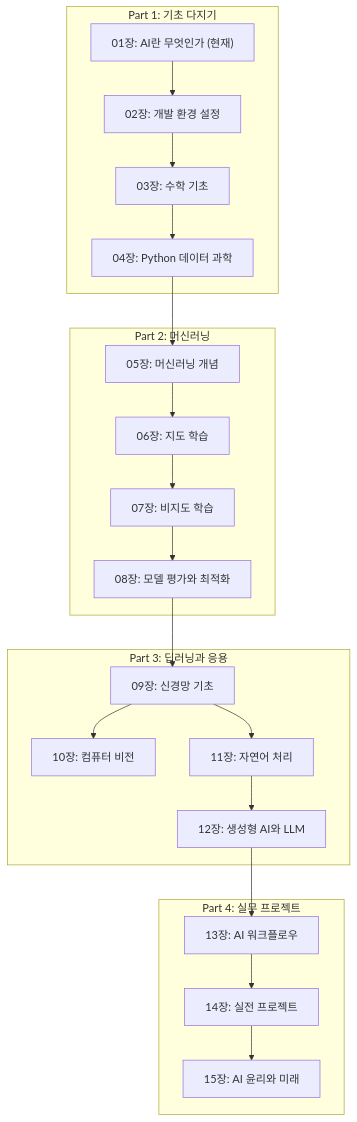
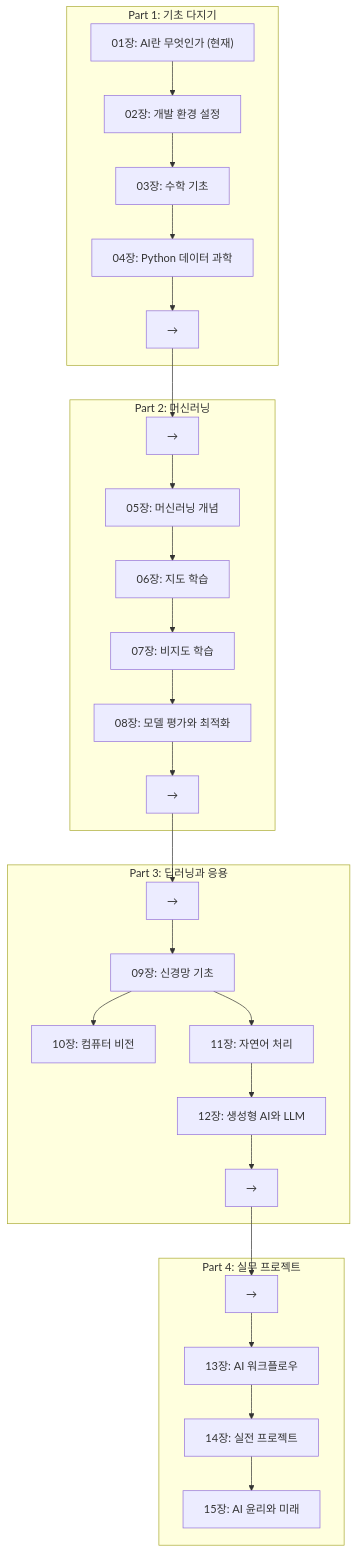
One commit to jingu279/Document changed the tenth of 10 diagrams in ai-programming/01_서론/01_AI란.md. Above: the diagram before and after it, drawn with Mermaid. The commit also changed other lines of this file and 9 other files, not shown here.

Commit message:
Fix all broken Mermaid diagrams across AI book (cross-subgraph connections, reserved keywords, duplicate nodes)

````diff
--- a/ai-programming/01_서론/01_AI란.md
+++ b/ai-programming/01_서론/01_AI란.md
@@ -251,29 +251,35 @@
 ```mermaid
 flowchart TB
   subgraph Part1[Part 1: 기초 다지기]
     C1["01장: AI란 무엇인가 (현재)"] --> C2["02장: 개발 환경 설정"]
     C2 --> C3["03장: 수학 기초"]
     C3 --> C4["04장: Python 데이터 과학"]
+    C4 --> P1_Out["→"]
   end
 
   subgraph Part2[Part 2: 머신러닝]
-    C5["05장: 머신러닝 개념"] --> C6["06장: 지도 학습"]
+    P2_In["→"] --> C5["05장: 머신러닝 개념"]
+    C5 --> C6["06장: 지도 학습"]
     C6 --> C7["07장: 비지도 학습"]
     C7 --> C8["08장: 모델 평가와 최적화"]
+    C8 --> P2_Out["→"]
   end
 
   subgraph Part3[Part 3: 딥러닝과 응용]
-    C9["09장: 신경망 기초"] --> C10["10장: 컴퓨터 비전"]
+    P3_In["→"] --> C9["09장: 신경망 기초"]
+    C9 --> C10["10장: 컴퓨터 비전"]
     C9 --> C11["11장: 자연어 처리"]
     C11 --> C12["12장: 생성형 AI와 LLM"]
+    C12 --> P3_Out["→"]
   end
 
   subgraph Part4[Part 4: 실무 프로젝트]
-    C13["13장: AI 워크플로우"] --> C14["14장: 실전 프로젝트"]
+    P4_In["→"] --> C13["13장: AI 워크플로우"]
+    C13 --> C14["14장: 실전 프로젝트"]
     C14 --> C15["15장: AI 윤리와 미래"]
   end
 
-  C4 --> C5
-  C8 --> C9
-  C12 --> C13
+  P1_Out --> P2_In
+  P2_Out --> P3_In
+  P3_Out --> P4_In
 ```
````
